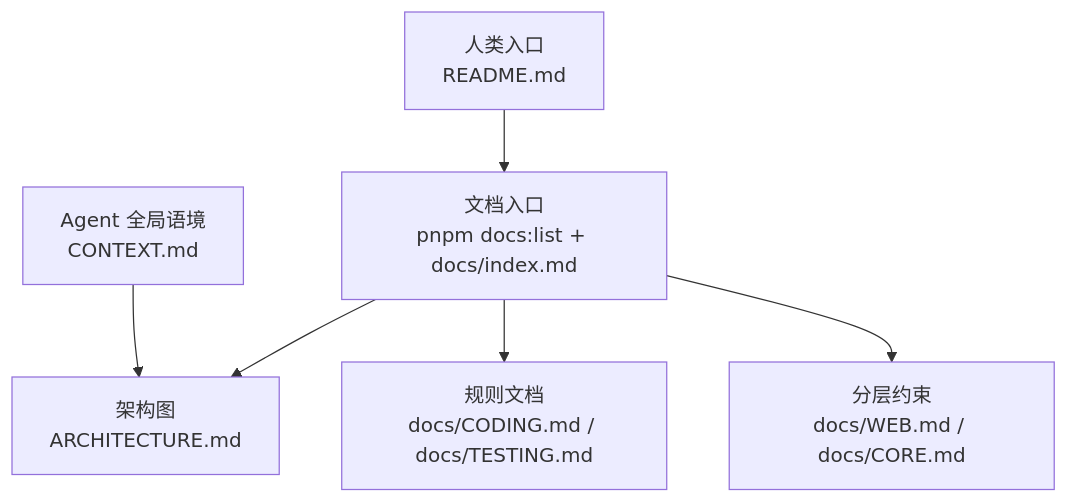
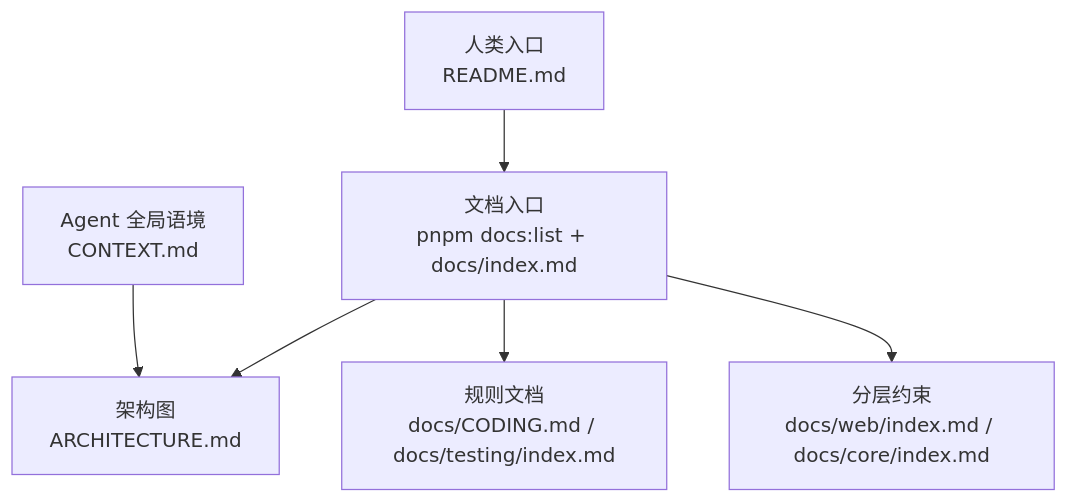
The second of 2 diagrams in ARCHITECTURE.md (loggerhead/treease), drawn with Mermaid before and after one commit. The commit also changed other lines of this file and 58 other files, not shown here.

Commit message:
fix(web): stabilize graph render readiness

````diff
--- a/ARCHITECTURE.md
+++ b/ARCHITECTURE.md
@@ -96,8 +96,8 @@
 ```mermaid
 flowchart TD
   Human["人类入口\nREADME.md"] --> Docs["文档入口\npnpm docs:list + docs/index.md"]
   Agent["Agent 全局语境\nCONTEXT.md"] --> Architecture["架构图\nARCHITECTURE.md"]
   Docs --> Architecture
-  Docs --> Rules["规则文档\ndocs/CODING.md / docs/TESTING.md"]
-  Docs --> LayerRules["分层约束\ndocs/WEB.md / docs/CORE.md"]
+  Docs --> Rules["规则文档\ndocs/CODING.md / docs/testing/index.md"]
+  Docs --> LayerRules["分层约束\ndocs/web/index.md / docs/core/index.md"]
 ```
````
